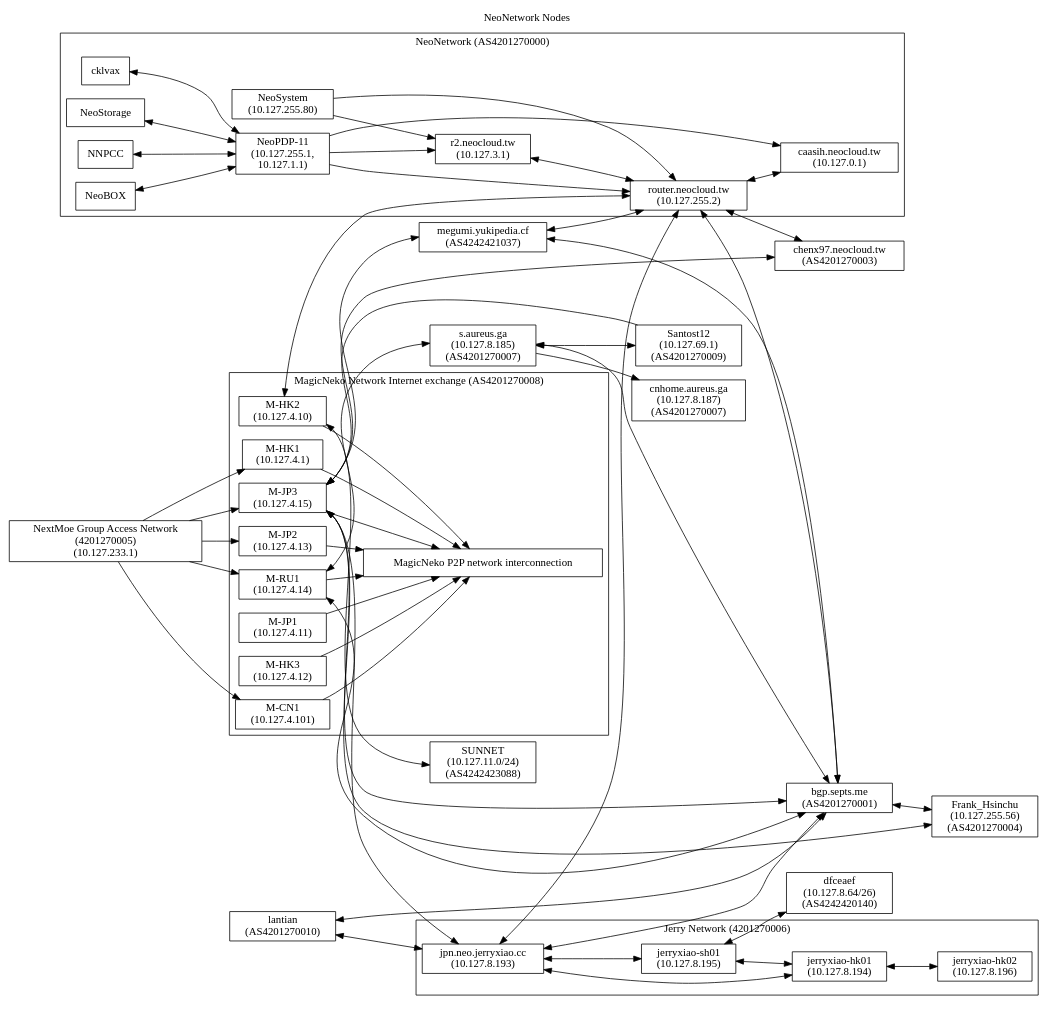
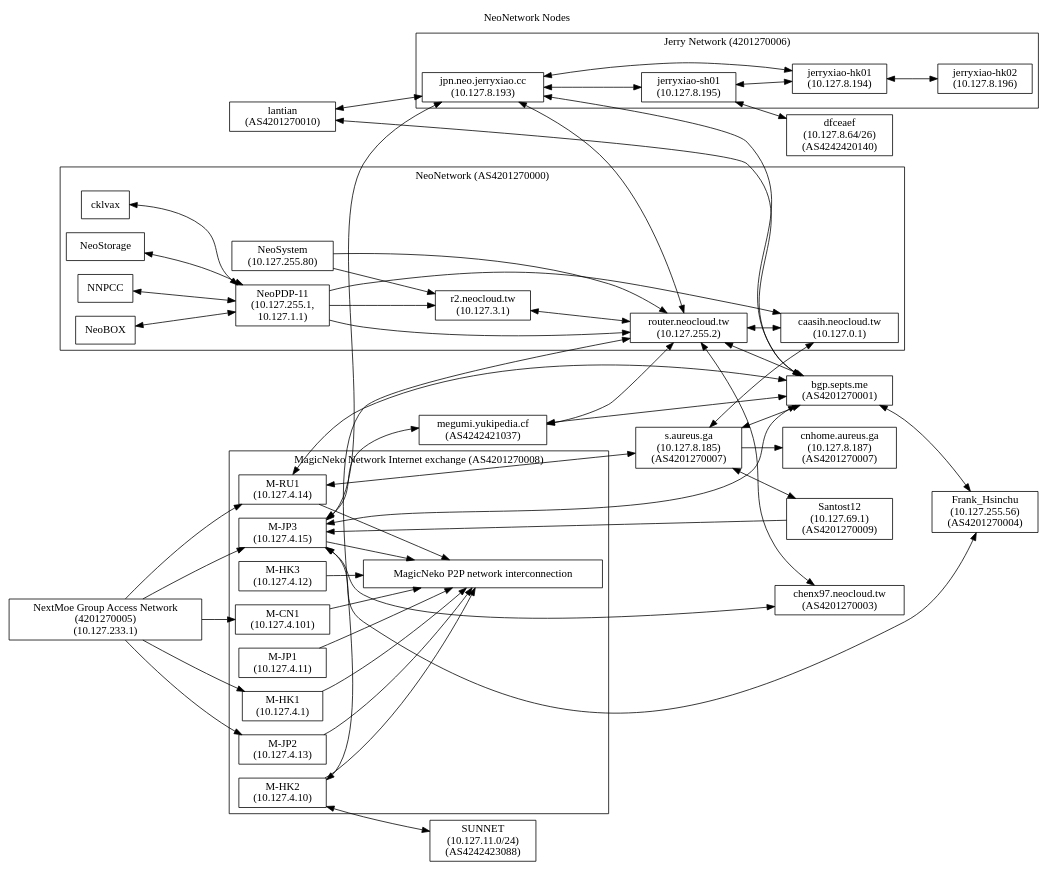
The diagram in nodes.dot (NeoCloud/NeoNetwork), drawn with Graphviz before and after one commit. The commit also changed 1 other file, not shown here.

```diff
--- a/nodes.dot
+++ b/nodes.dot
@@ -1,106 +1,107 @@
 digraph "NeoNetwork Nodes"
 {
 	label="NeoNetwork Nodes";
 	labelloc="t";
 	rankdir=LR;
 	node [shape=box]
 	c [label="caasih.neocloud.tw\n(10.127.0.1)"]
 	ucbvax [label="router.neocloud.tw\n(10.127.255.2)"]
 	np11 [label="NeoPDP-11\n(10.127.255.1,\n10.127.1.1)"]
 	ns [label="NeoSystem\n(10.127.255.80)"]
 	megumiLHS [label="megumi.yukipedia.cf\n(AS4242421037)"]
 	pan [label="r2.neocloud.tw\n(10.127.3.1)"]
 	icecat_Explosion [label="MagicNeko P2P network interconnection"]
 	icecat_Notebook [label="NextMoe Group Access Network\n(4201270005)\n(10.127.233.1)"]
 	magicneko_HK01 [label="M-HK1\n(10.127.4.1)"]
 	magicneko_HK02 [label="M-HK2\n(10.127.4.10)"]
 	magicneko_JP01 [label="M-JP1\n(10.127.4.11)"]
 	magicneko_HK03 [label="M-HK3\n(10.127.4.12)"]
 	magicneko_JP02 [label="M-JP2\n(10.127.4.13)"]
 	magicneko_RU01 [label="M-RU1\n(10.127.4.14)"]
 	magicneko_JP03 [label="M-JP3\n(10.127.4.15)"]
 	magicneko_CN01 [label="M-CN1\n(10.127.4.101)"]
 	staph [label="s.aureus.ga\n(10.127.8.185)\n(AS4201270007)"]
 	staph_CN [label="cnhome.aureus.ga\n(10.127.8.187)\n(AS4201270007)"]
 	chenx97 [label="chenx97.neocloud.tw\n(AS4201270003)"]
 	JerryXiao [label="jpn.neo.jerryxiao.cc\n(10.127.8.193)"]
 	JerryXiao_SH01 [label="jerryxiao-sh01\n(10.127.8.195)"]
 	JerryXiao_HK01 [label="jerryxiao-hk01\n(10.127.8.194)"]
 	JerryXiao_HK02 [label="jerryxiao-hk02\n(10.127.8.196)"]
 	septs [label="bgp.septs.me\n(AS4201270001)"]
 	lantian [label="lantian\n(AS4201270010)"]
 	dfceaef [label="dfceaef\n(10.127.8.64/26)\n(AS4242420140)"]
 	SUNNET [label="SUNNET\n(10.127.11.0/24)\n(AS4242423088)"]
 	santost12 [label="Santost12\n(10.127.69.1)\n(AS4201270009)"]
 	frank_hsinchu [label="Frank_Hsinchu\n(10.127.255.56)\n(AS4201270004)"]
 	subgraph cluster_AS4201270000
 	{
 		label = "NeoNetwork (AS4201270000)";
 
 		NNPCC -> np11 [dir=both]
 		NeoBOX -> np11 [dir=both]
 		cklvax -> np11 [dir=both]
 		NeoStorage -> np11 [dir=both]
 		np11 -> ucbvax
 		np11 -> pan
 		np11 -> c
 		ucbvax -> c [dir=both]
 		ns -> ucbvax
 		ns -> pan
 		pan -> ucbvax [dir=both]
 	}
 
 	megumiLHS -> ucbvax [dir=both]
 	magicneko_HK02 -> ucbvax [dir=both]
+	c -> staph [dir=both]
 	staph -> staph_CN
 	ucbvax -> chenx97 [dir=both]
 
 	subgraph cluster_4201270008
 	{
 		label="MagicNeko Network Internet exchange (AS4201270008)";
 
 		magicneko_HK01 -> icecat_Explosion
 		magicneko_HK02 -> icecat_Explosion
 		magicneko_JP01 -> icecat_Explosion
 		magicneko_HK03 -> icecat_Explosion
 		magicneko_JP02 -> icecat_Explosion
 		magicneko_RU01 -> icecat_Explosion
 		magicneko_JP03 -> icecat_Explosion
 		magicneko_CN01 -> icecat_Explosion
 	}
 
 	subgraph cluster_4201270006
 	{
 		label="Jerry Network (4201270006)";
 
 		JerryXiao -> JerryXiao_SH01 [dir=both]
 		JerryXiao -> JerryXiao_HK01 [dir=both]
 		JerryXiao_SH01 -> JerryXiao_HK01 [dir=both]
 		JerryXiao_HK01 -> JerryXiao_HK02 [dir=both]
 	}
 
 	JerryXiao -> ucbvax [dir=both]
 	JerryXiao -> septs [dir=both]
 	JerryXiao_SH01 -> dfceaef [dir=both]
 	magicneko_JP03 -> JerryXiao [dir=both]
 	lantian -> septs [dir=both]
 	lantian -> JerryXiao [dir=both]
 	magicneko_JP03 -> septs [dir=both]
 	staph -> septs [dir=both]
 	ucbvax -> septs [dir=both]
 	magicneko_JP03 -> chenx97 [dir=both]
 	magicneko_RU01 -> staph [dir=both]
 	megumiLHS -> septs [dir=both]
 	magicneko_HK02 -> SUNNET [dir=both]
 	staph -> santost12 [dir=both]
 	magicneko_RU01 -> septs [dir=both]
 	magicneko_JP03 -> megumiLHS [dir=both]
 	magicneko_JP03 -> frank_hsinchu [dir=both]
 	septs	->	frank_hsinchu	[dir=both]
 	icecat_Notebook -> magicneko_HK01
 	icecat_Notebook -> magicneko_JP03
 	icecat_Notebook -> magicneko_RU01
 	icecat_Notebook -> magicneko_CN01
 	icecat_Notebook -> magicneko_JP02
 	santost12	-> magicneko_JP03
 }
```
